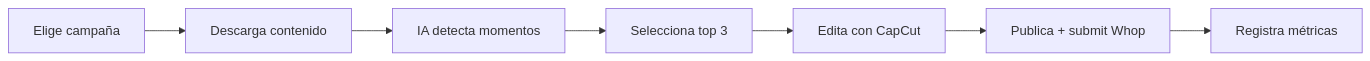
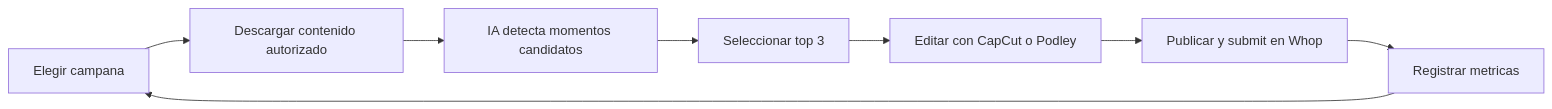
One commit to jeroroldan/jeronimo-blog changed the third of 3 diagrams in src/content/blog/clipping-viral-masterclass.md. Above: the diagram before and after it, drawn with Mermaid. The commit also changed other lines of this file and 1 other file, not shown here.

````diff
--- a/src/content/blog/clipping-viral-masterclass.md
+++ b/src/content/blog/clipping-viral-masterclass.md
@@ -270,9 +284,10 @@
 ```mermaid
 flowchart LR
-    A[Elige campaña] --> B[Descarga contenido]
-    B --> C[IA detecta momentos]
-    C --> D[Selecciona top 3]
-    D --> E[Edita con CapCut]
-    E --> F[Publica + submit Whop]
-    F --> G[Registra métricas]
+    A[Elegir campana] --> B[Descargar contenido autorizado]
+    B --> C[IA detecta momentos candidatos]
+    C --> D[Seleccionar top 3]
+    D --> E[Editar con CapCut o Podley]
+    E --> F[Publicar y submit en Whop]
+    F --> G[Registrar metricas]
+    G --> A
 ```
````
